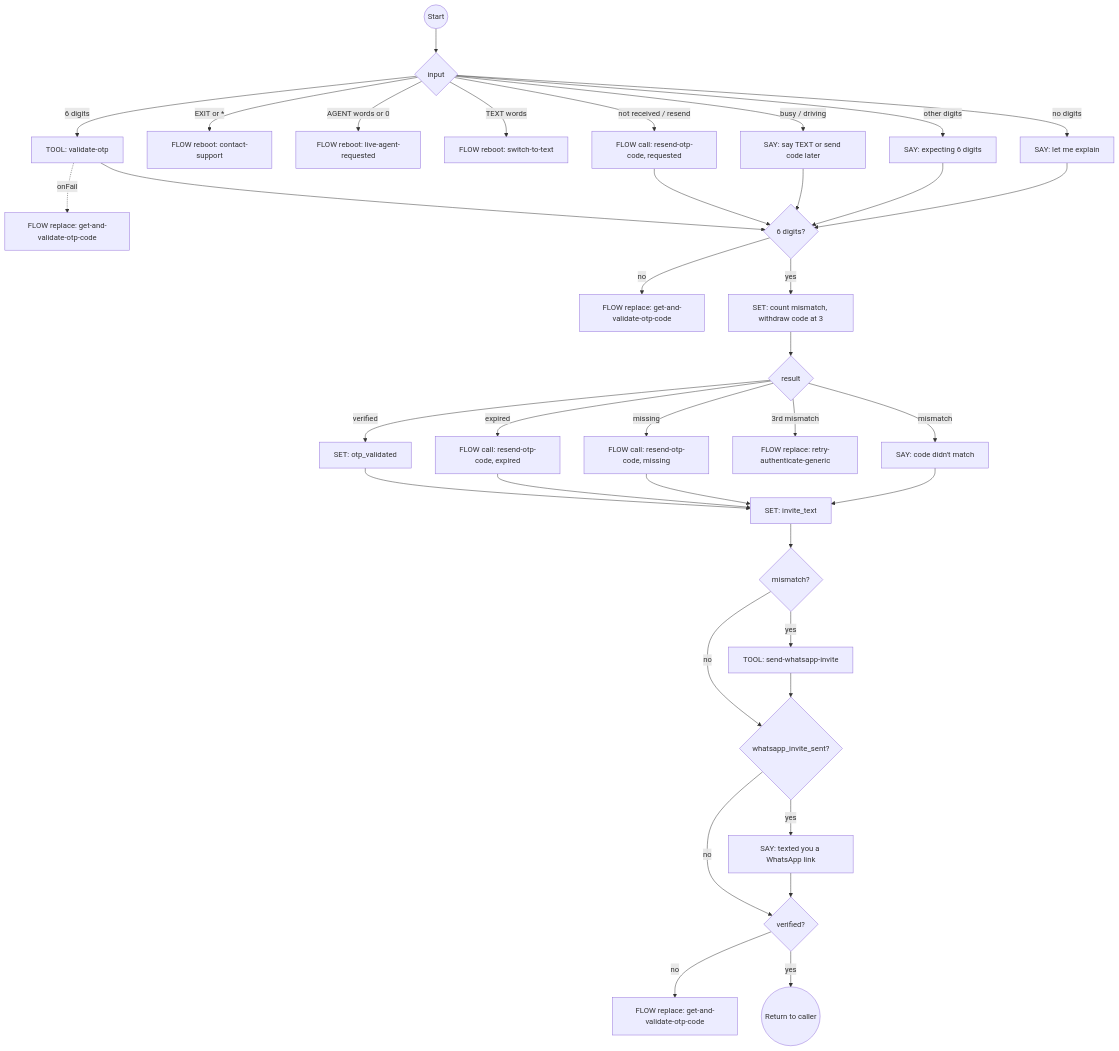
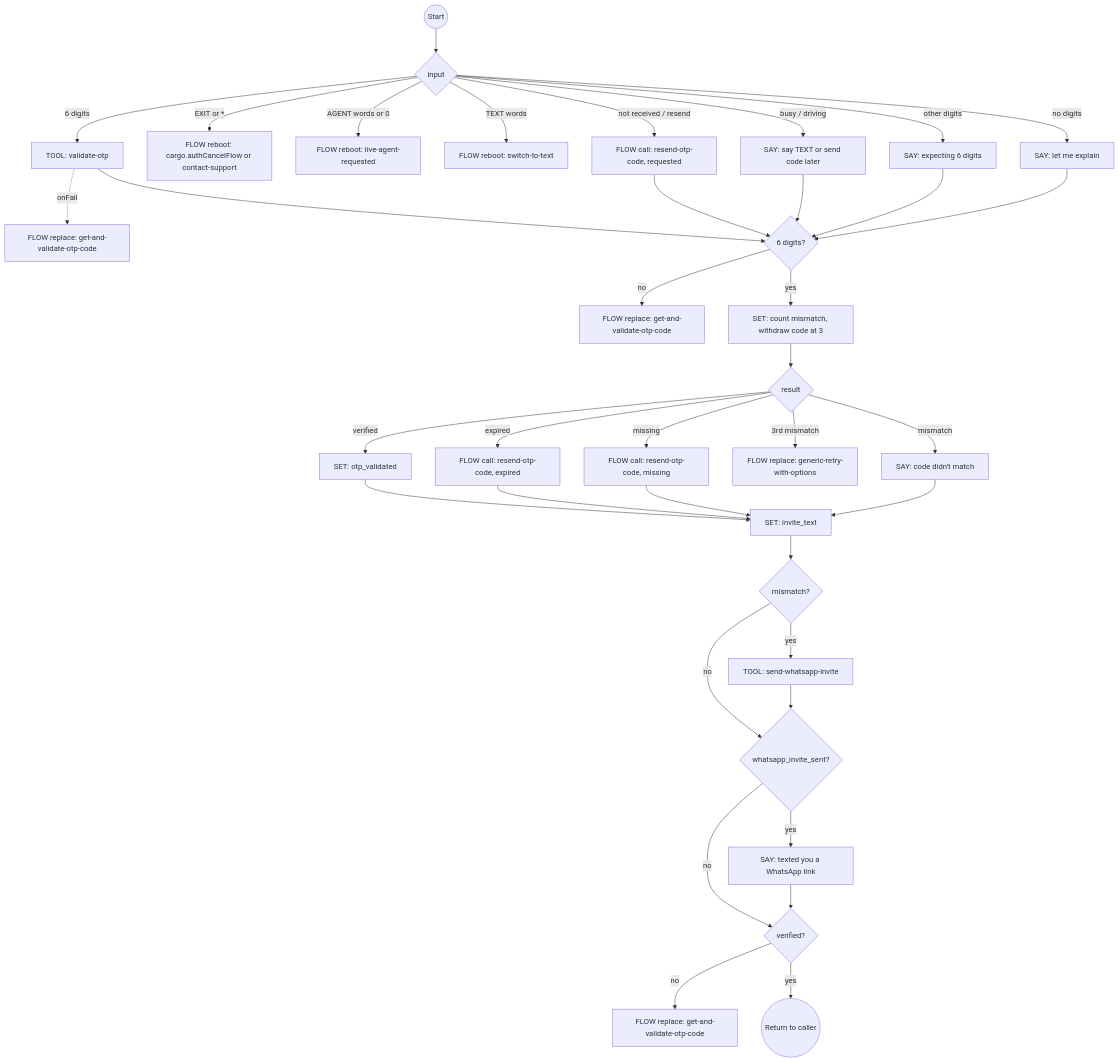
One commit to ronpinkas/jsfe changed the eighth of 16 diagrams in docs/system-flows.md. Above: the diagram before and after it, drawn with Mermaid. The commit also changed other lines of this file and 1 other file, not shown here.

Commit message:
docs: system flows page for the single retry menu and cancel_flow at every exit

````diff
--- a/docs/system-flows.md
+++ b/docs/system-flows.md
@@ -409,39 +418,39 @@
 ```mermaid
 graph TD
     start((Start)) --> route{input}
     route -->|6 digits| validate_otp[TOOL: validate-otp]
-    route -->|EXIT or *| abort_process[FLOW reboot: contact-support]
+    route -->|EXIT or *| abort_process[FLOW reboot: cargo.authCancelFlow or contact-support]
     route -->|AGENT words or 0| goto_live_agent[FLOW reboot: live-agent-requested]
     route -->|TEXT words| goto_text[FLOW reboot: switch-to-text]
     route -->|not received / resend| code_not_arrived[FLOW call: resend-otp-code, requested]
     route -->|busy / driving| cannot_now[SAY: say TEXT or send code later]
     route -->|other digits| invalid_format[SAY: expecting 6 digits]
     route -->|no digits| explain[SAY: let me explain]
     validate_otp -.->|onFail| otp_tool_error[FLOW replace: get-and-validate-otp-code]
     validate_otp --> fmt{6 digits?}
     code_not_arrived --> fmt
     cannot_now --> fmt
     invalid_format --> fmt
     explain --> fmt
     fmt -->|no| loop_back_for_code[FLOW replace: get-and-validate-otp-code]
     fmt -->|yes| count[SET: count mismatch, withdraw code at 3]
     count --> check{result}
     check -->|verified| otp_success[SET: otp_validated]
     check -->|expired| expired_fresh[FLOW call: resend-otp-code, expired]
     check -->|missing| missing_fresh[FLOW call: resend-otp-code, missing]
-    check -->|3rd mismatch| cap_reached[FLOW replace: retry-authenticate-generic]
+    check -->|3rd mismatch| cap_reached[FLOW replace: generic-retry-with-options]
     check -->|mismatch| wrong_code[SAY: code didn't match]
     otp_success --> invite_text[SET: invite_text]
     expired_fresh --> invite_text
     missing_fresh --> invite_text
     wrong_code --> invite_text
     invite_text --> invite{mismatch?}
     invite -->|yes| invite_whatsapp[TOOL: send-whatsapp-invite]
     invite -->|no| mention{whatsapp_invite_sent?}
     invite_whatsapp --> mention
     mention -->|yes| say_invite[SAY: texted you a WhatsApp link]
     mention -->|no| retry{verified?}
     say_invite --> retry
     retry -->|no| loop_back_for_new_code[FLOW replace: get-and-validate-otp-code]
     retry -->|yes| stop((Return to caller))
 ```
````
